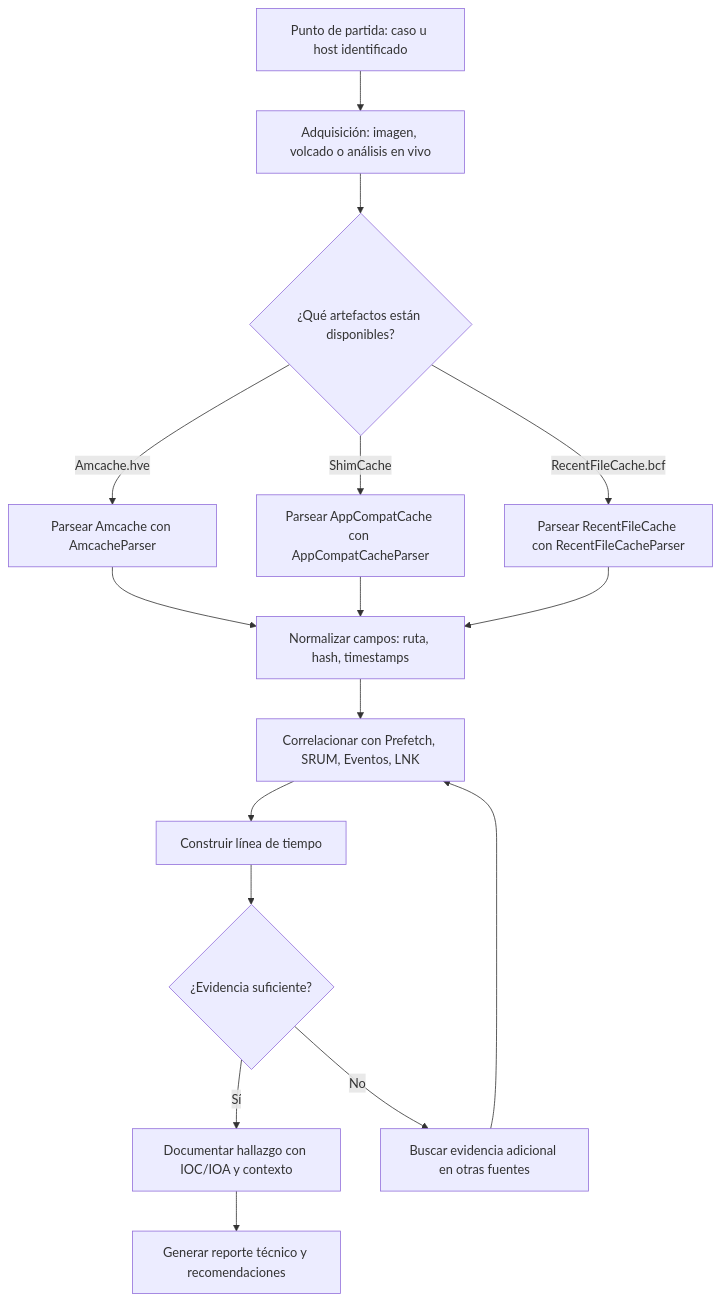
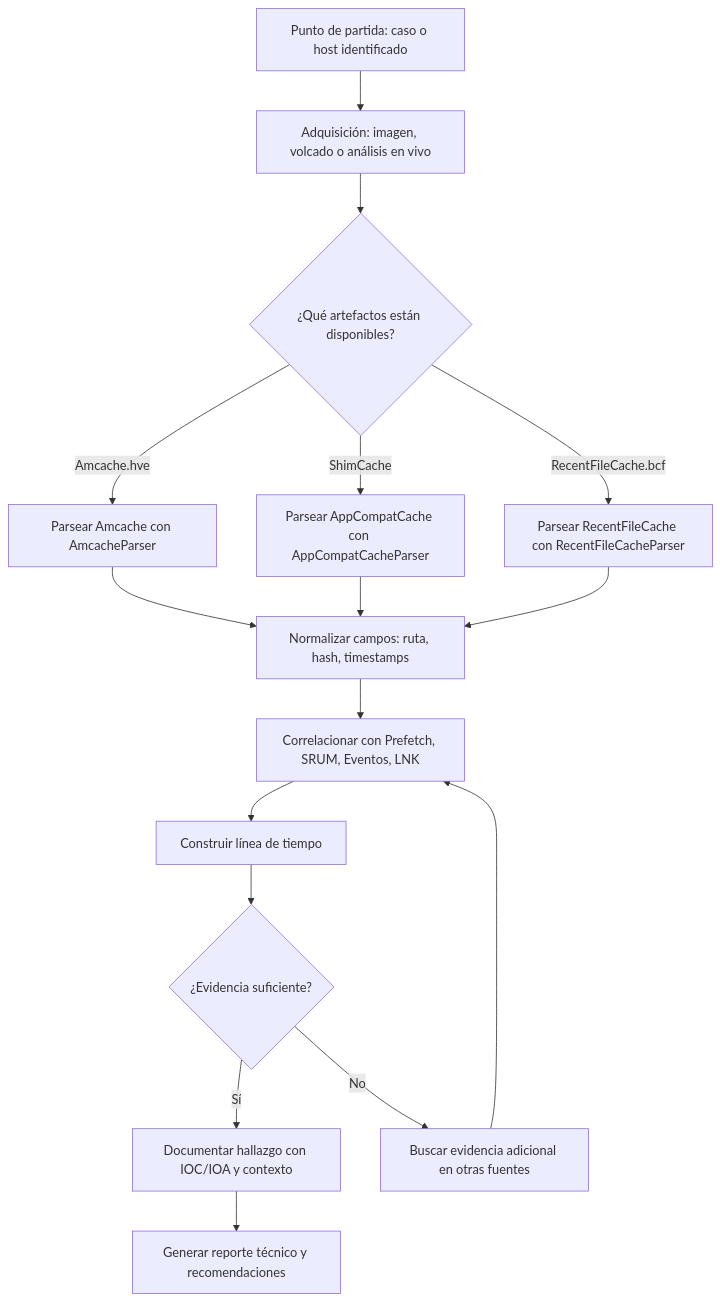
Before and after one commit to davidpereiracib/SOC-Nivel-1-Bootcamp: the diagram in windows.md, drawn with Mermaid.

````diff
--- a/windows.md
+++ b/windows.md
@@ -71,19 +71,19 @@
 ```mermaid
 
 flowchart TD
-    A[Punto de partida: caso u host identificado] --> B[Adquisición: imagen, volcado o análisis en vivo]
+    A[Punto de partida: caso o host identificado] --> B[Adquisición: imagen, volcado o análisis en vivo]
     B --> C{¿Qué artefactos están disponibles?}
     C -->|Amcache.hve| D[Parsear Amcache con AmcacheParser]
     C -->|ShimCache| E[Parsear AppCompatCache con AppCompatCacheParser]
     C -->|RecentFileCache.bcf| F[Parsear RecentFileCache con RecentFileCacheParser]
     D --> G[Normalizar campos: ruta, hash, timestamps]
     E --> G
     F --> G
     G --> H[Correlacionar con Prefetch, SRUM, Eventos, LNK]
     H --> I[Construir línea de tiempo]
     I --> J{¿Evidencia suficiente?}
     J -->|Sí| K[Documentar hallazgo con IOC/IOA y contexto]
     J -->|No| L[Buscar evidencia adicional en otras fuentes]
     K --> M[Generar reporte técnico y recomendaciones]
     L --> H
 ```
````
